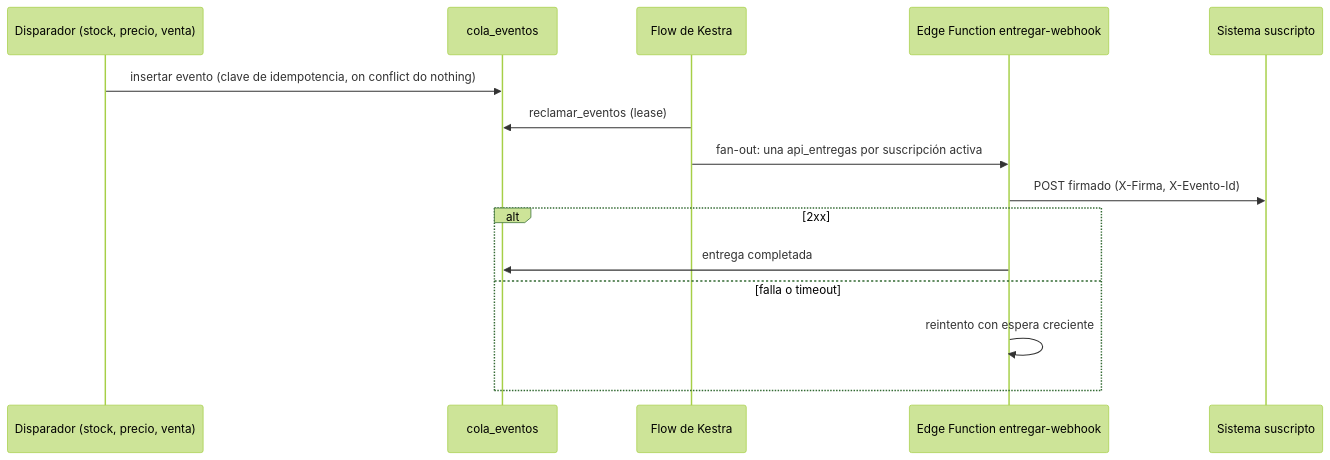
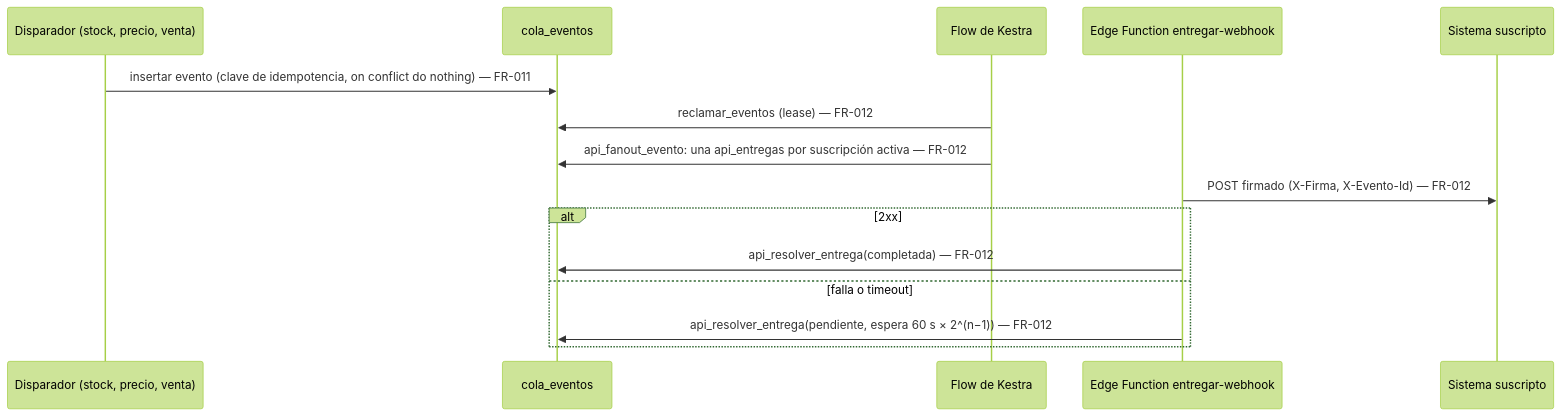
The third of 5 diagrams in specs/20270203-100000-api-e-asistente-con-ia/spec.md (nicolasjones/multistorefront-meli), drawn with Mermaid (forest theme) before and after one commit. The commit also changed other lines of this file and 5 other files, not shown here.

````diff
--- a/specs/20270203-100000-api-e-asistente-con-ia/spec.md
+++ b/specs/20270203-100000-api-e-asistente-con-ia/spec.md
@@ -221,17 +244,17 @@
 ```mermaid
 sequenceDiagram
   participant D as Disparador (stock, precio, venta)
   participant Q as cola_eventos
   participant K as Flow de Kestra
   participant E as Edge Function entregar-webhook
   participant S as Sistema suscripto
-  D->>Q: insertar evento (clave de idempotencia, on conflict do nothing)
-  K->>Q: reclamar_eventos (lease)
-  K->>E: fan-out: una api_entregas por suscripción activa
-  E->>S: POST firmado (X-Firma, X-Evento-Id)
+  D->>Q: insertar evento (clave de idempotencia, on conflict do nothing) — FR-011
+  K->>Q: reclamar_eventos (lease) — FR-012
+  K->>Q: api_fanout_evento: una api_entregas por suscripción activa — FR-012
+  E->>S: POST firmado (X-Firma, X-Evento-Id) — FR-012
   alt 2xx
-    E->>Q: entrega completada
+    E->>Q: api_resolver_entrega(completada) — FR-012
   else falla o timeout
-    E->>E: reintento con espera creciente
+    E->>Q: api_resolver_entrega(pendiente, espera 60 s × 2^(n−1)) — FR-012
   end
 ```
````
